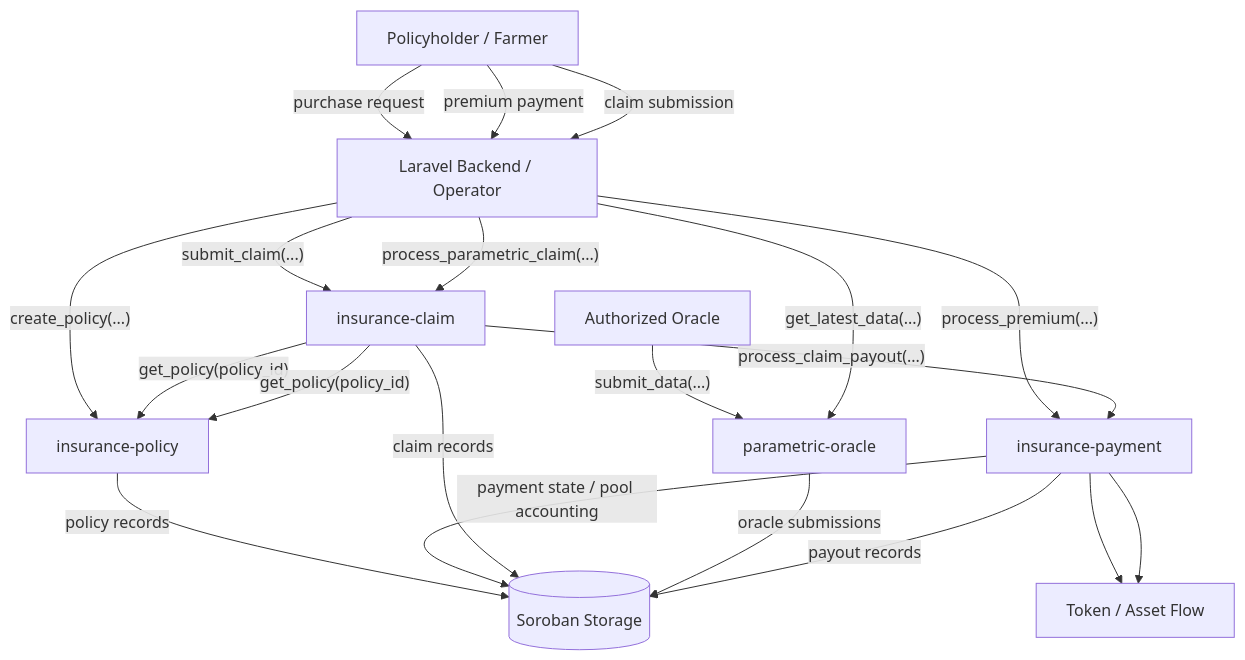
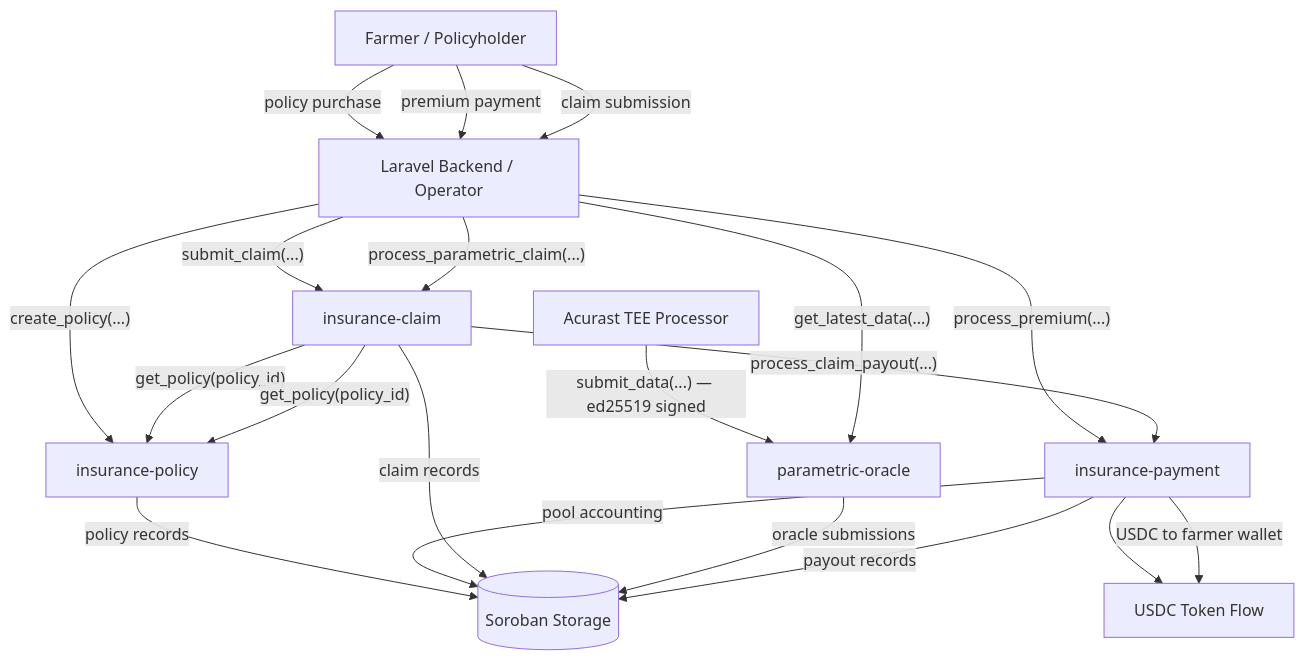
The first of 2 diagrams in Contract-Specifications.md (Riwe-Technologies/Stellar), drawn with Mermaid before and after one commit. The commit also changed other lines of this file, not shown here.

````diff
--- a/Contract-Specifications.md
+++ b/Contract-Specifications.md
@@ -51,35 +70,35 @@
 ```mermaid
-flowchart TD;
-    U["Policyholder / Farmer"];
-    B["Laravel Backend / Operator"];
-    P["insurance-policy"];
-    C["insurance-claim"];
-    PAY["insurance-payment"];
-    O["parametric-oracle"];
-    ORA["Authorized Oracle"];
-    S[("Soroban Storage")];
-    T["Token / Asset Flow"];
+flowchart TD
+    U["Farmer / Policyholder"]
+    B["Laravel Backend / Operator"]
+    P["insurance-policy"]
+    C["insurance-claim"]
+    PAY["insurance-payment"]
+    O["parametric-oracle"]
+    ORA["Acurast TEE Processor"]
+    S[("Soroban Storage")]
+    T["USDC Token Flow"]
 
-    U -->|"purchase request"| B;
-    B -->|"create_policy(...)"| P;
-    P -->|"policy records"| S;
+    U -->|"policy purchase"| B
+    B -->|"create_policy(...)"| P
+    P -->|"policy records"| S
 
-    U -->|"premium payment"| B;
-    B -->|"process_premium(...)"| PAY;
-    PAY -->|"payment state / pool accounting"| S;
-    PAY --> T;
+    U -->|"premium payment"| B
+    B -->|"process_premium(...)"| PAY
+    PAY -->|"pool accounting"| S
+    PAY --> T
 
-    U -->|"claim submission"| B;
-    B -->|"submit_claim(...)"| C;
-    C -->|"get_policy(policy_id)"| P;
-    C -->|"claim records"| S;
+    U -->|"claim submission"| B
+    B -->|"submit_claim(...)"| C
+    C -->|"get_policy(policy_id)"| P
+    C -->|"claim records"| S
 
-    ORA -->|"submit_data(...)"| O;
-    O -->|"oracle submissions"| S;
-    B -->|"get_latest_data(...)"| O;
-    B -->|"process_parametric_claim(...)"| C;
-    C -->|"get_policy(policy_id)"| P;
-    C -->|"process_claim_payout(...)"| PAY;
-    PAY -->|"payout records"| S;
-    PAY --> T;
+    ORA -->|"submit_data(...) — ed25519 signed"| O
+    O -->|"oracle submissions"| S
+    B -->|"get_latest_data(...)"| O
+    B -->|"process_parametric_claim(...)"| C
+    C -->|"get_policy(policy_id)"| P
+    C -->|"process_claim_payout(...)"| PAY
+    PAY -->|"USDC to farmer wallet"| T
+    PAY -->|"payout records"| S
 ```
````
